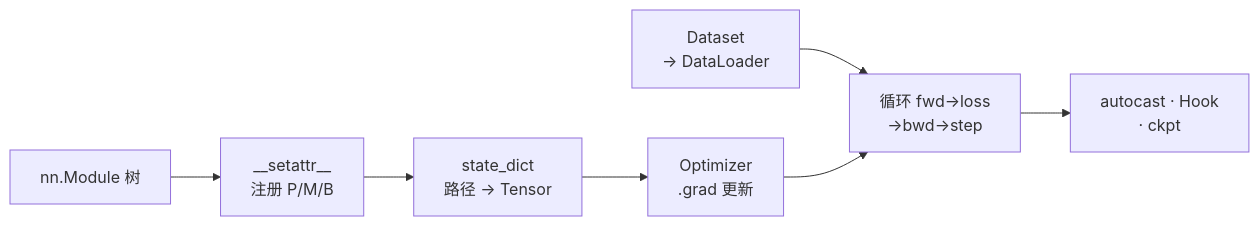
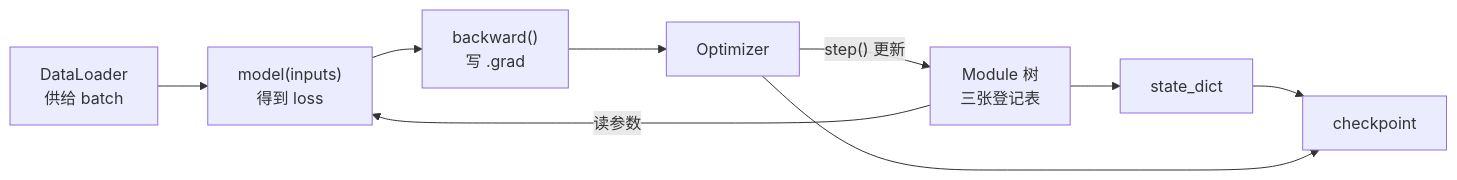
Before and after one commit to arganzheng/arganzheng.github.com: the fourth of 9 diagrams in slides/2026-02-26-deep-dive-into-pytorch.md, drawn with Mermaid. The commit also changed other lines of this file and 3 other files, not shown here.

First line of the commit message:
PyTorch 系列：说明 add 示例的简化之处，去掉过时的 Java 参照，幻灯片换用内容更合适的图

````diff
--- a/slides/2026-02-26-deep-dive-into-pytorch.md
+++ b/slides/2026-02-26-deep-dive-into-pytorch.md
@@ -168,8 +161,9 @@
 ```mermaid
-%%{init: {"flowchart": {"wrappingWidth": 210}}}%%
+%%{init: {"flowchart": {"wrappingWidth": 150}}}%%
 flowchart LR
-    A["nn.Module 树"] --> B["__setattr__<br/>注册 P/M/B"] --> C["state_dict<br/>路径 → Tensor"] --> E["Optimizer<br/>.grad 更新"]
-    F["Dataset<br/>→ DataLoader"] --> G["循环 fwd→loss<br/>→bwd→step"]
-    E --> G
-    G --> H["autocast · Hook<br/>· ckpt"]
+    DL["DataLoader<br/>供给 batch"] --> F["model(inputs)<br/>得到 loss"] --> B["backward()<br/>写 .grad"] --> O["Optimizer"]
+    MT["Module 树<br/>三张登记表"] -->|"读参数"| F
+    O -->|"step() 更新"| MT
+    MT --> SD["state_dict"] --> CK["checkpoint"]
+    O --> CK
 ```
````
